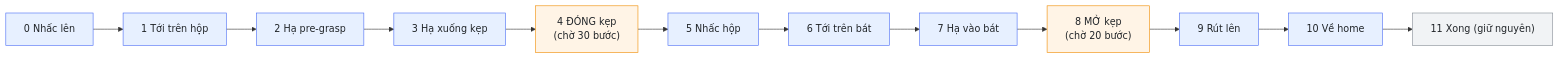
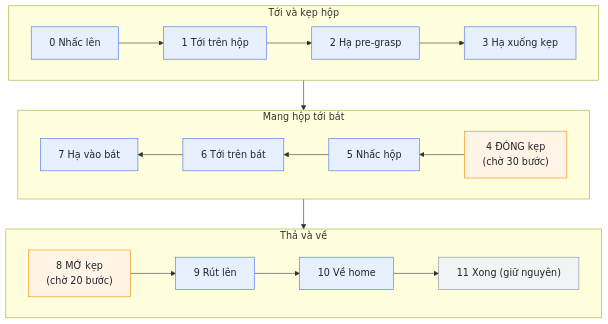
Before and after one commit to tvhhai/sim-engine: the fourth of 5 diagrams in docs/guide_vi.md, drawn with Mermaid. The commit also changed other lines of this file and 93 other files, not shown here.

````diff
--- a/docs/guide_vi.md
+++ b/docs/guide_vi.md
@@ -165,32 +167,23 @@
 ```mermaid
-flowchart LR
-  p0["0  Nhấc lên"]
-  p1["1  Tới trên hộp"]
-  p2["2  Hạ pre-grasp"]
-  p3["3  Hạ xuống kẹp"]
-  p4["4  ĐÓNG kẹp<br/>(chờ 30 bước)"]
-  p5["5  Nhấc hộp"]
-  p6["6  Tới trên bát"]
-  p7["7  Hạ vào bát"]
-  p8["8  MỞ kẹp<br/>(chờ 20 bước)"]
-  p9["9  Rút lên"]
-  p10["10  Về home"]
-  p11["11  Xong (giữ nguyên)"]
-  p0 --> p1
-  p1 --> p2
-  p2 --> p3
-  p3 --> p4
-  p4 --> p5
-  p5 --> p6
-  p6 --> p7
-  p7 --> p8
-  p8 --> p9
-  p9 --> p10
-  p10 --> p11
+flowchart TB
+  subgraph r1 ["Tới và kẹp hộp"]
+    direction LR
+    p0["0  Nhấc lên"] --> p1["1  Tới trên hộp"] --> p2["2  Hạ pre-grasp"] --> p3["3  Hạ xuống kẹp"]
+  end
+  subgraph r2 ["Mang hộp tới bát"]
+    direction RL
+    p4["4  ĐÓNG kẹp<br/>(chờ 30 bước)"] --> p5["5  Nhấc hộp"] --> p6["6  Tới trên bát"] --> p7["7  Hạ vào bát"]
+  end
+  subgraph r3 ["Thả và về"]
+    direction LR
+    p8["8  MỞ kẹp<br/>(chờ 20 bước)"] --> p9["9  Rút lên"] --> p10["10  Về home"] --> p11["11  Xong (giữ nguyên)"]
+  end
+  r1 --> r2
+  r2 --> r3
   classDef data fill:#fff4e6,stroke:#f08c00,color:#212529
   classDef default fill:#f1f3f5,stroke:#868e96,color:#212529
   classDef sim fill:#e7f0ff,stroke:#4c6ef5,color:#212529
   class p4,p8 data
   class p11 default
   class p0,p1,p2,p3,p5,p6,p7,p9,p10 sim
 ```
````
